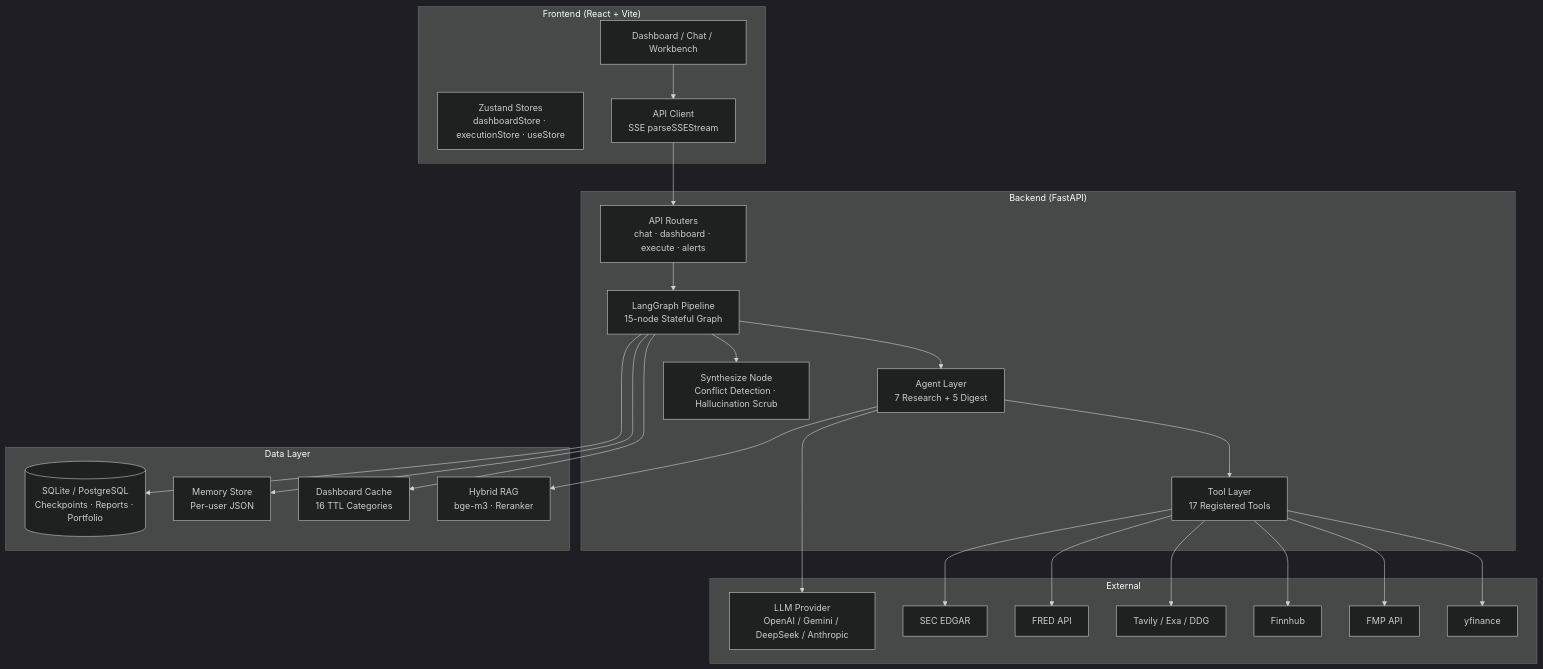
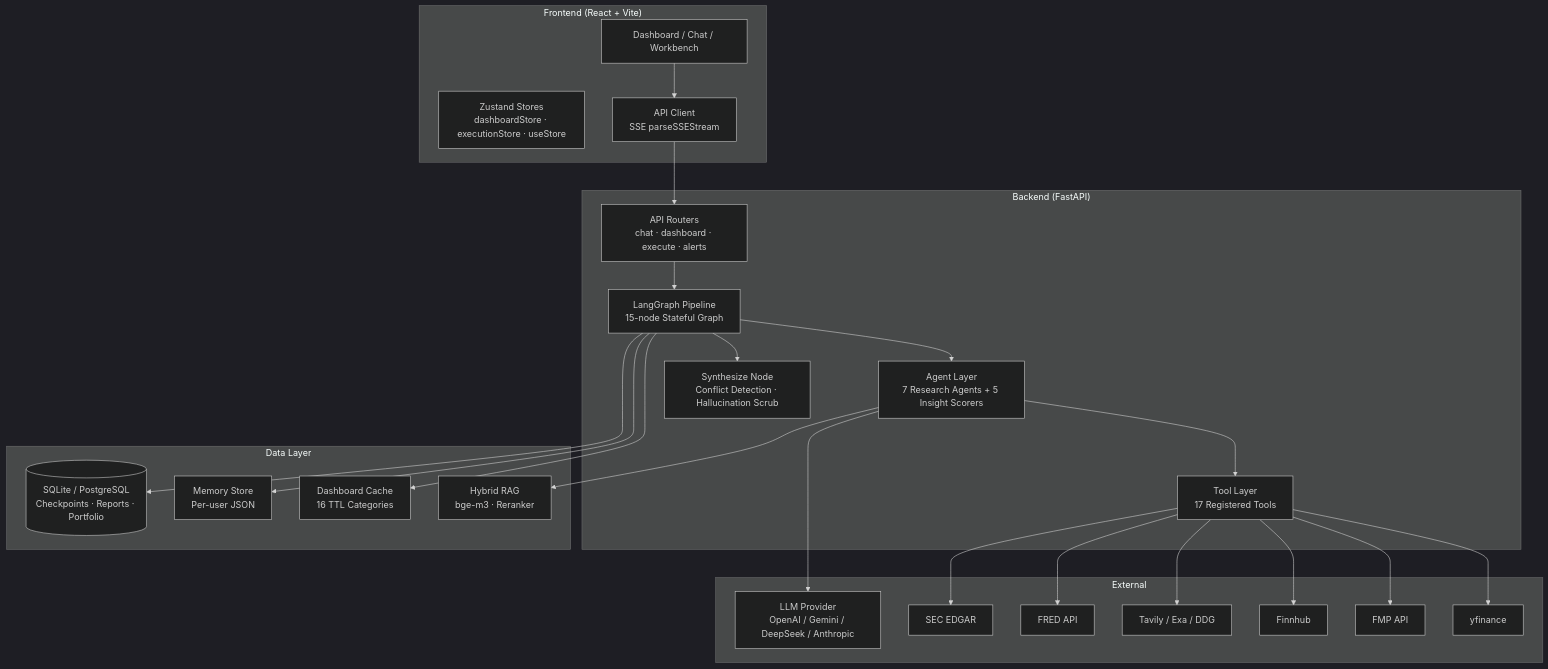
Before and after one commit to kkkano/FinSight: the first of 7 diagrams in readme.md, drawn with Mermaid (dark theme). The commit also changed other lines of this file and 2 other files, not shown here.

Commit message:
docs(insights): clarify dashboard scorers vs research agents

````diff
--- a/readme.md
+++ b/readme.md
@@ -159,41 +159,41 @@
 ```mermaid
 graph TB
     subgraph "Frontend (React + Vite)"
         UI[Dashboard / Chat / Workbench]
         STORE[Zustand Stores<br/>dashboardStore · executionStore · useStore]
         API_CLIENT[API Client<br/>SSE parseSSEStream]
     end
 
     subgraph "Backend (FastAPI)"
         ROUTER[API Routers<br/>chat · dashboard · execute · alerts]
         GRAPH[LangGraph Pipeline<br/>15-node Stateful Graph]
-        AGENTS[Agent Layer<br/>7 Research + 5 Digest]
+        AGENTS[Agent Layer<br/>7 Research Agents + 5 Insight Scorers]
         TOOLS[Tool Layer<br/>17 Registered Tools]
         SYNTH[Synthesize Node<br/>Conflict Detection · Hallucination Scrub]
     end
 
     subgraph "Data Layer"
         RAG[Hybrid RAG<br/>bge-m3 · Reranker]
         CACHE[Dashboard Cache<br/>16 TTL Categories]
         MEMORY[Memory Store<br/>Per-user JSON]
         DB[(SQLite / PostgreSQL<br/>Checkpoints · Reports · Portfolio)]
     end
 
     subgraph "External"
         YFINANCE[yfinance]
         FMP[FMP API]
         FINNHUB[Finnhub]
         TAVILY[Tavily / Exa / DDG]
         FRED[FRED API]
         SEC[SEC EDGAR]
         LLM_API[LLM Provider<br/>OpenAI / Gemini / DeepSeek / Anthropic]
     end
 
     UI --> API_CLIENT --> ROUTER
     ROUTER --> GRAPH --> AGENTS --> TOOLS
     GRAPH --> SYNTH
     TOOLS --> YFINANCE & FMP & FINNHUB & TAVILY & FRED & SEC
     AGENTS --> LLM_API
     AGENTS --> RAG
     GRAPH --> CACHE & MEMORY & DB
 ```
````
